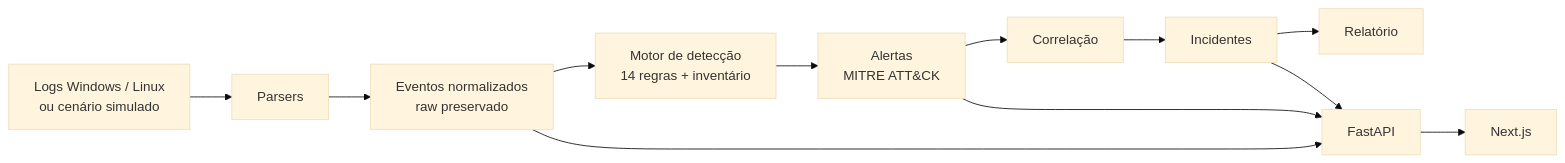
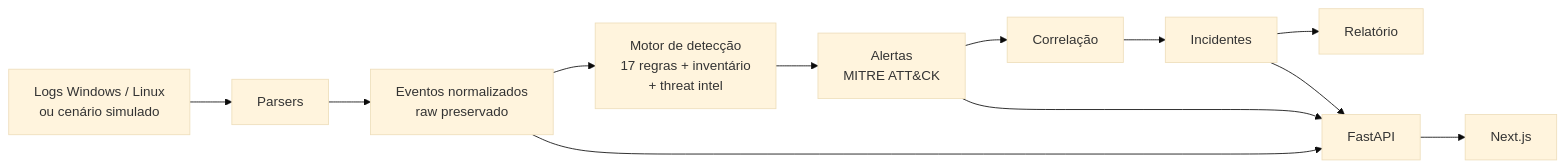
Before and after one commit to orleans-samai/soc-investigation-lab: the diagram in README.md, drawn with Mermaid (base theme). The commit also changed other lines of this file and 72 other files, not shown here.

First line of the commit message:
Add challenge mode, query language, Sysmon, threat intel, Sigma and SQLite

````diff
--- a/README.md
+++ b/README.md
@@ -54,11 +77,11 @@
 ```mermaid
 flowchart LR
     L[Logs Windows / Linux<br/>ou cenário simulado] --> P[Parsers]
     P --> N[Eventos normalizados<br/>raw preservado]
-    N --> D[Motor de detecção<br/>14 regras + inventário]
+    N --> D[Motor de detecção<br/>17 regras + inventário<br/>+ threat intel]
     D --> A[Alertas<br/>MITRE ATT&CK]
     A --> C[Correlação]
     C --> I[Incidentes]
     I --> R[Relatório]
     N & A & I --> API[FastAPI] --> UI[Next.js]
 ```
````
